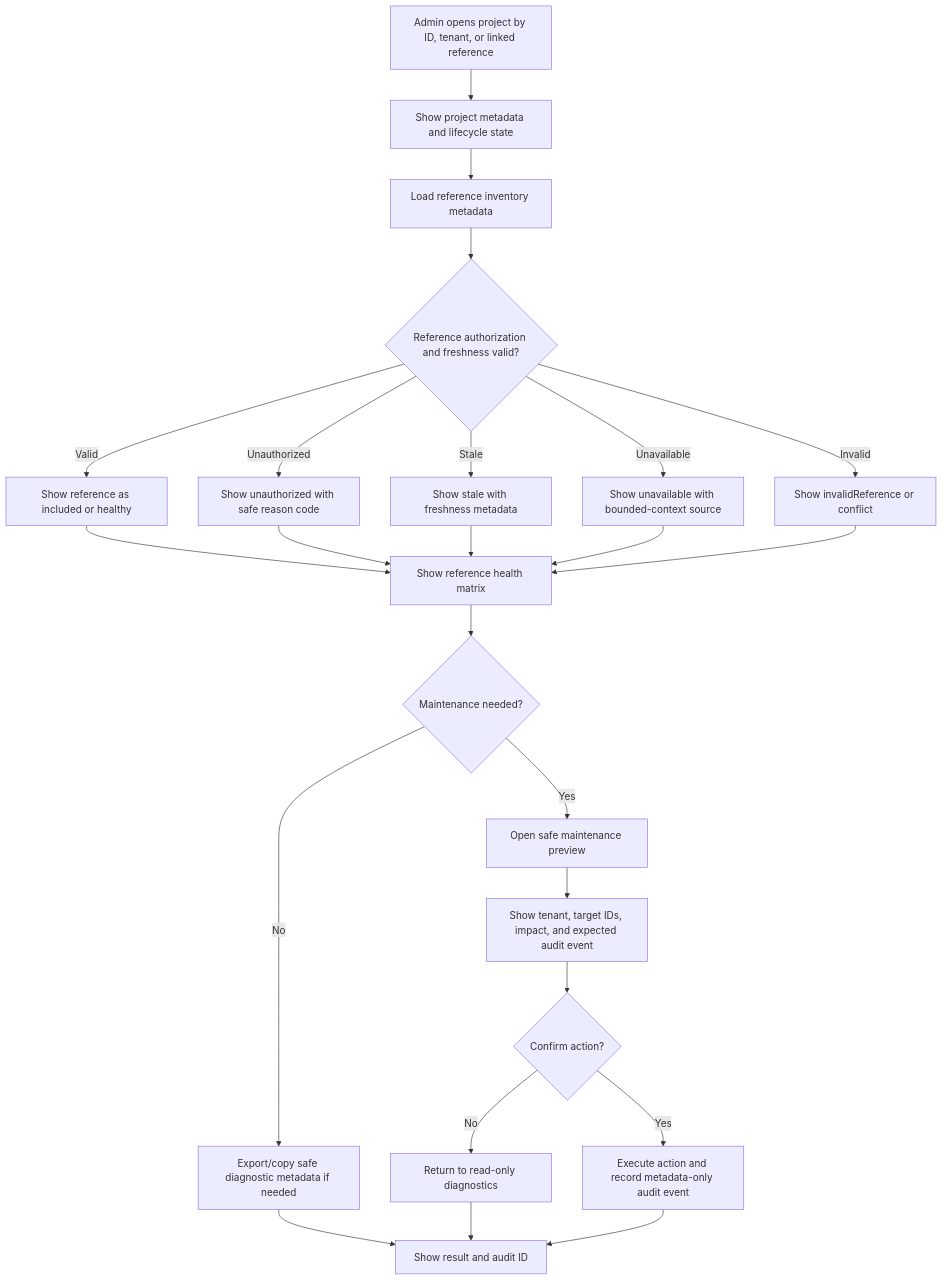
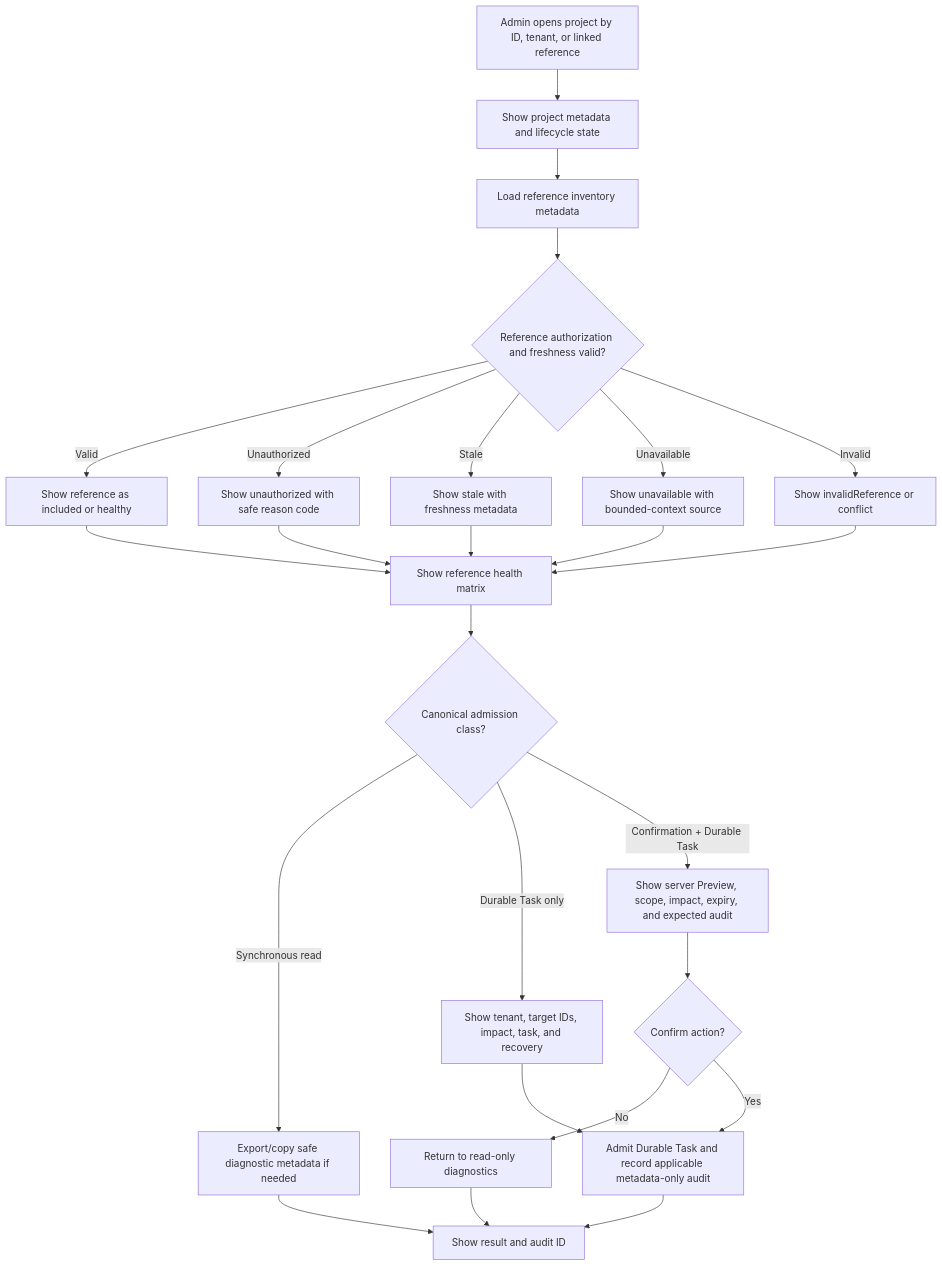
Before and after one commit to Hexalith/Hexalith.Projects: the second of 3 diagrams in _bmad-output/planning-artifacts/ux-design-specification.md, drawn with Mermaid. The commit also changed other lines of this file and 18 other files, not shown here.

````diff
--- a/_bmad-output/planning-artifacts/ux-design-specification.md
+++ b/_bmad-output/planning-artifacts/ux-design-specification.md
@@ -616,26 +616,27 @@
 ```mermaid
 flowchart TD
     A[Admin opens project by ID, tenant, or linked reference] --> B[Show project metadata and lifecycle state]
     B --> C[Load reference inventory metadata]
     C --> D{Reference authorization and freshness valid?}
     D -- Valid --> E[Show reference as included or healthy]
     D -- Unauthorized --> F[Show unauthorized with safe reason code]
     D -- Stale --> G[Show stale with freshness metadata]
     D -- Unavailable --> H[Show unavailable with bounded-context source]
     D -- Invalid --> I[Show invalidReference or conflict]
     E --> J[Show reference health matrix]
     F --> J
     G --> J
     H --> J
     I --> J
-    J --> K{Maintenance needed?}
-    K -- No --> L[Export/copy safe diagnostic metadata if needed]
-    K -- Yes --> M[Open safe maintenance preview]
-    M --> N[Show tenant, target IDs, impact, and expected audit event]
+    J --> K{Canonical admission class?}
+    K -- Synchronous read --> L[Export/copy safe diagnostic metadata if needed]
+    K -- Durable Task only --> M[Show tenant, target IDs, impact, task, and recovery]
+    K -- Confirmation + Durable Task --> N[Show server Preview, scope, impact, expiry, and expected audit]
     N --> O{Confirm action?}
     O -- No --> P[Return to read-only diagnostics]
-    O -- Yes --> Q[Execute action and record metadata-only audit event]
+    O -- Yes --> Q[Admit Durable Task and record applicable metadata-only audit]
+    M --> Q
     Q --> R[Show result and audit ID]
     L --> R
     P --> R
 ```
````
